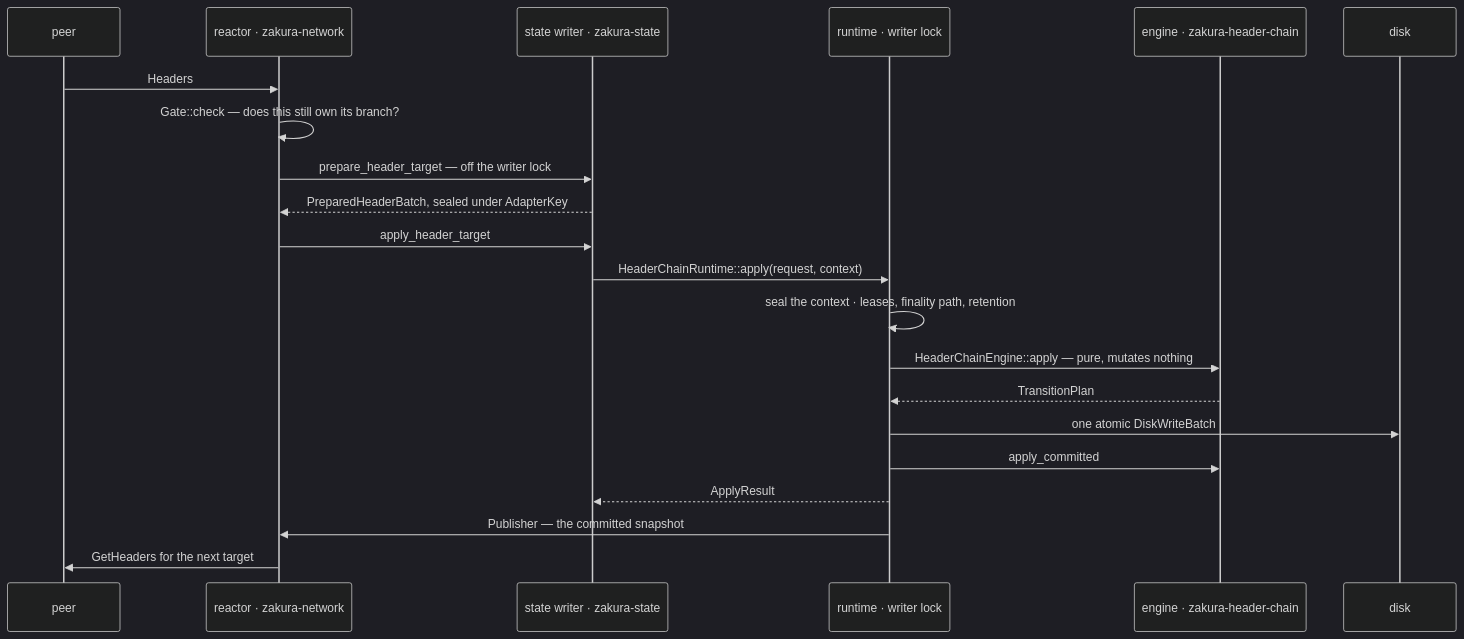
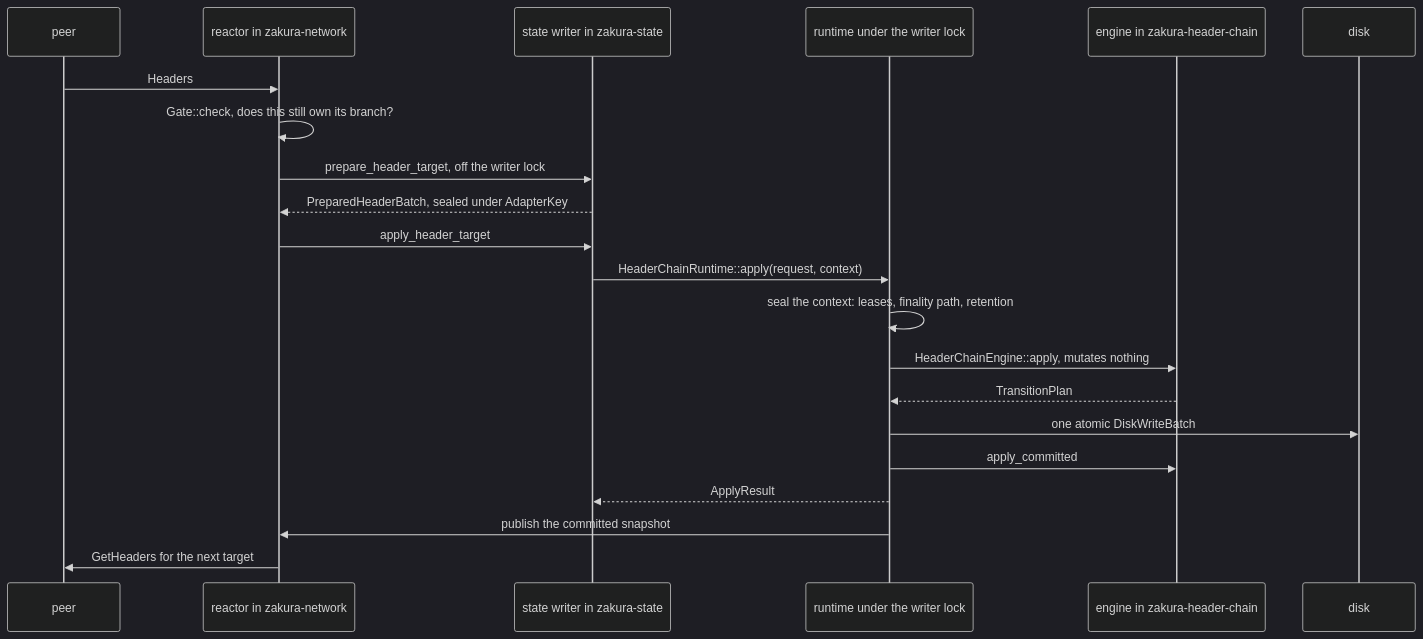
One commit to jonwalch/zakura changed the diagram in docs/design/headerchain/request_lifecycle.md. Above: the diagram before and after it, drawn with Mermaid (dark theme). The commit also changed other lines of this file, not shown here.

First line of the commit message:
docs(header-chain): tighten the request-lifecycle prose

````diff
--- a/docs/design/headerchain/request_lifecycle.md
+++ b/docs/design/headerchain/request_lifecycle.md
@@ -34,23 +34,23 @@
 ```mermaid
 sequenceDiagram
   participant N as peer
-  participant P as reactor · zakura-network
-  participant W as state writer · zakura-state
-  participant R as runtime · writer lock
-  participant E as engine · zakura-header-chain
+  participant P as reactor in zakura-network
+  participant W as state writer in zakura-state
+  participant R as runtime under the writer lock
+  participant E as engine in zakura-header-chain
   participant D as disk
   N->>P: Headers
-  P->>P: Gate::check — does this still own its branch?
-  P->>W: prepare_header_target — off the writer lock
+  P->>P: Gate::check, does this still own its branch?
+  P->>W: prepare_header_target, off the writer lock
   W-->>P: PreparedHeaderBatch, sealed under AdapterKey
   P->>W: apply_header_target
   W->>R: HeaderChainRuntime::apply(request, context)
-  R->>R: seal the context · leases, finality path, retention
-  R->>E: HeaderChainEngine::apply — pure, mutates nothing
+  R->>R: seal the context: leases, finality path, retention
+  R->>E: HeaderChainEngine::apply, mutates nothing
   E-->>R: TransitionPlan
   R->>D: one atomic DiskWriteBatch
   R->>E: apply_committed
   R-->>W: ApplyResult
-  R->>P: Publisher — the committed snapshot
+  R->>P: publish the committed snapshot
   P->>N: GetHeaders for the next target
 ```
````
